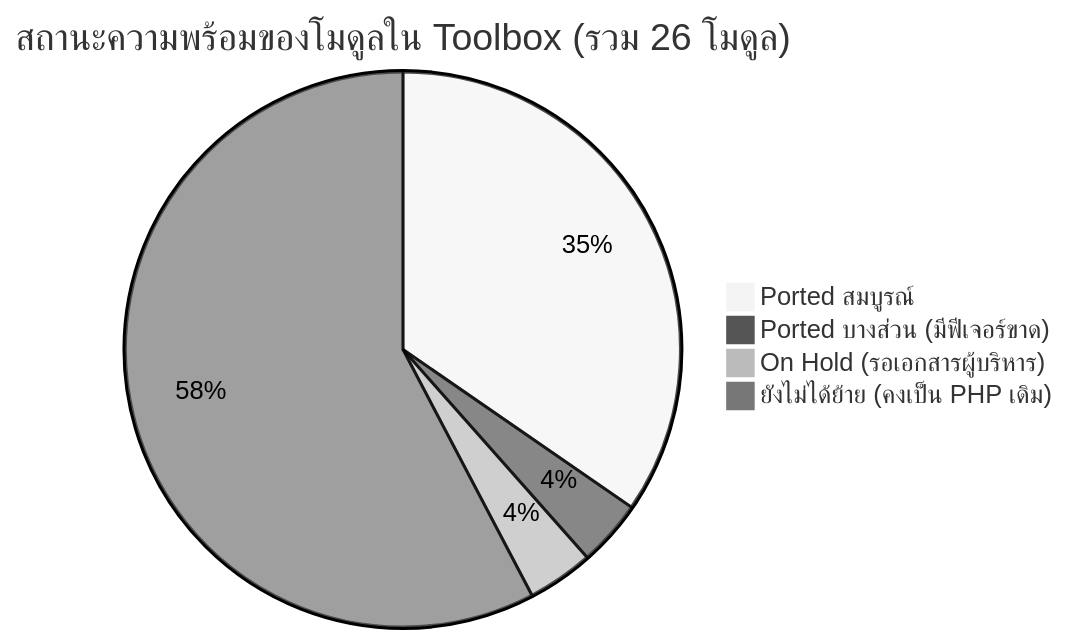
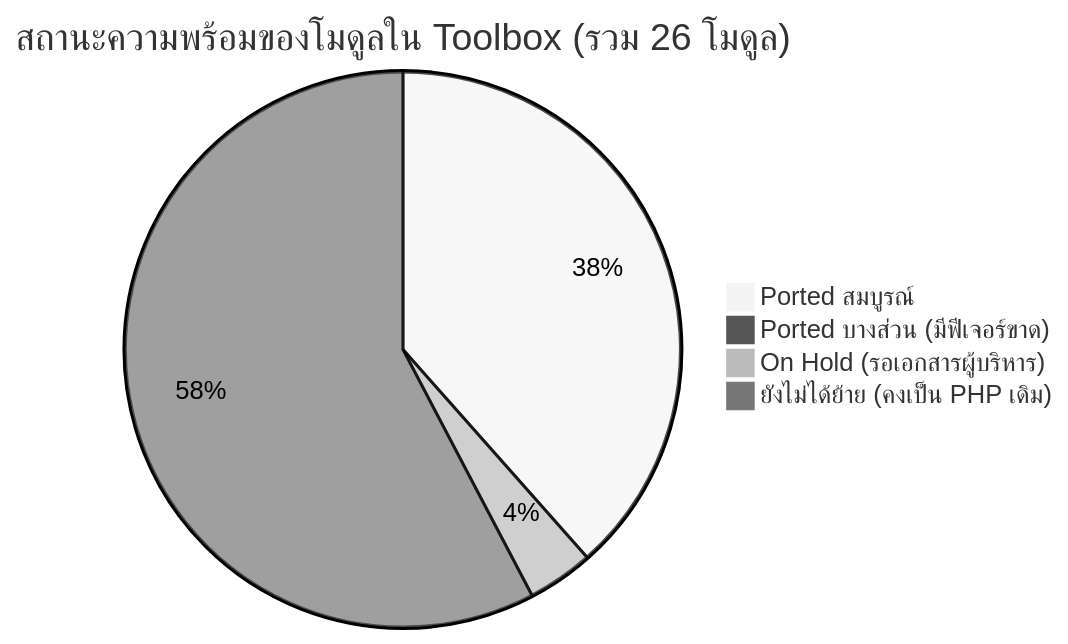
One commit to Scyst/MES changed the first of 2 diagrams in MES/docs/blueprint/MES_LEGACY_VS_TOOLBOX_GAP_ANALYSIS.md. Above: the diagram before and after it, drawn with Mermaid (neutral theme). The commit also changed other lines of this file and 16 other files, not shown here.

````diff
--- a/MES/docs/blueprint/MES_LEGACY_VS_TOOLBOX_GAP_ANALYSIS.md
+++ b/MES/docs/blueprint/MES_LEGACY_VS_TOOLBOX_GAP_ANALYSIS.md
@@ -18,7 +18,7 @@
 ```mermaid
 pie title สถานะความพร้อมของโมดูลใน Toolbox (รวม 26 โมดูล)
-    "Ported สมบูรณ์" : 9
-    "Ported บางส่วน (มีฟีเจอร์ขาด)" : 1
+    "Ported สมบูรณ์" : 10
+    "Ported บางส่วน (มีฟีเจอร์ขาด)" : 0
     "On Hold (รอเอกสารผู้บริหาร)" : 1
     "ยังไม่ได้ย้าย (คงเป็น PHP เดิม)" : 15
 ```
````
